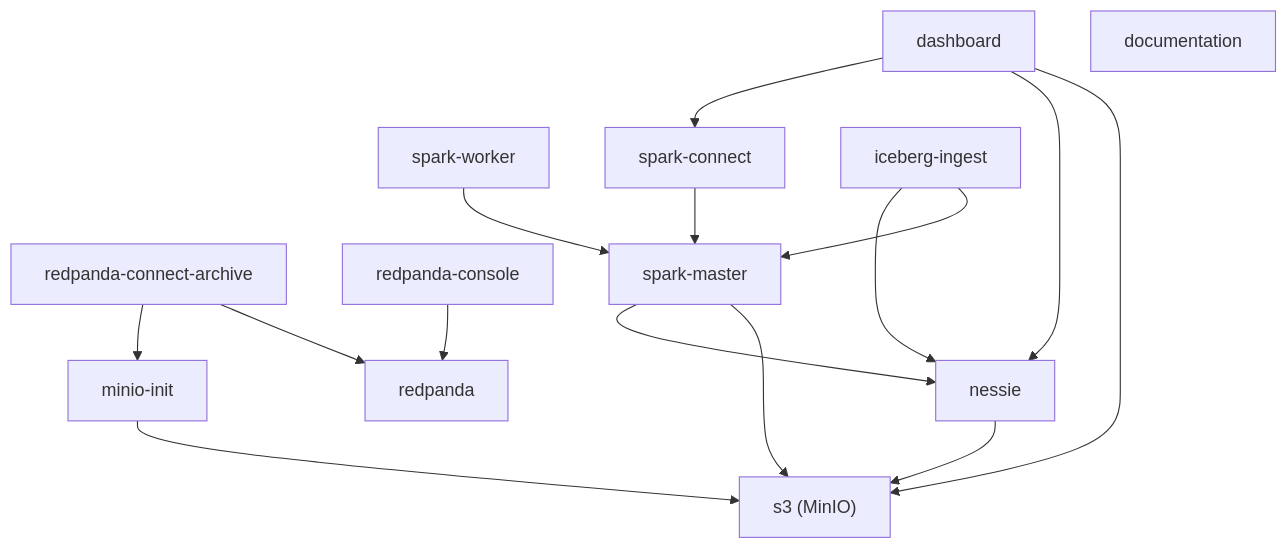
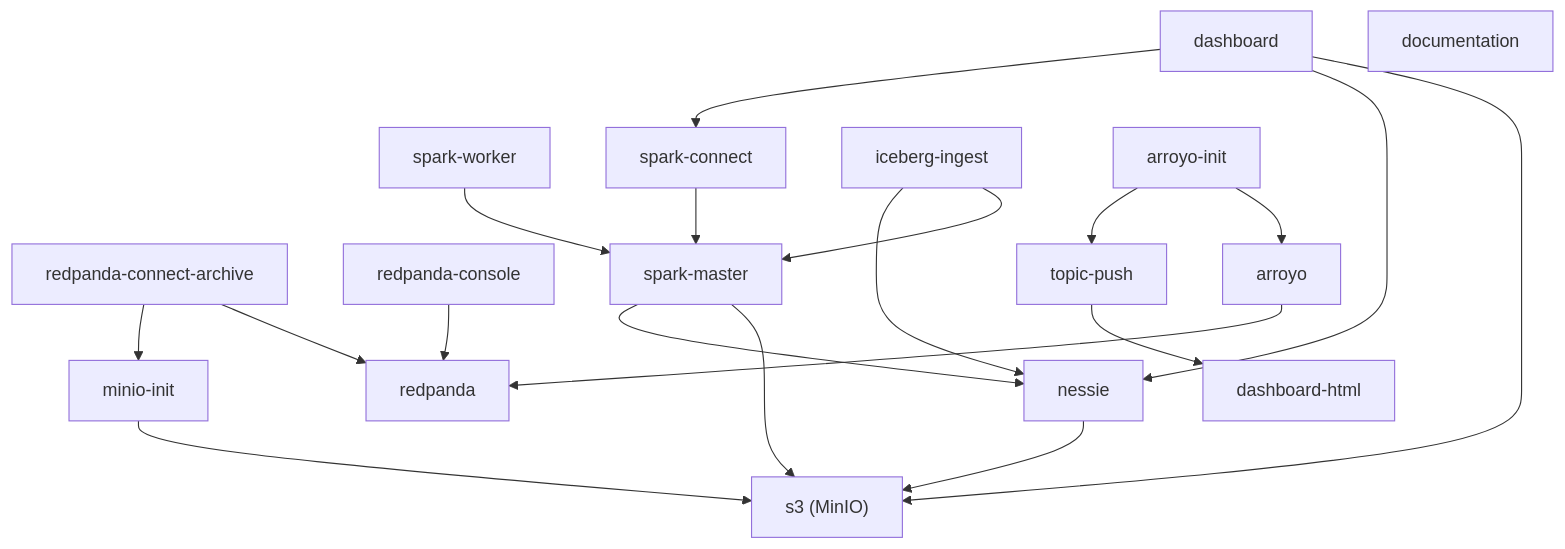
The second of 7 diagrams in docs/architecture.md (ogene70/m2_bigdata), drawn with Mermaid before and after one commit. The commit also changed other lines of this file and 26 other files, not shown here.

````diff
--- a/docs/architecture.md
+++ b/docs/architecture.md
@@ -80,30 +95,38 @@
 ```mermaid
 flowchart TD
     S3["s3 (MinIO)"]
     NESSIE["nessie"]
     RP["redpanda"]
     RPCA["redpanda-connect-archive"]
     CPC["redpanda-console"]
     SM["spark-master"]
     SW["spark-worker"]
     SC["spark-connect"]
     III["iceberg-ingest"]
     DASH["dashboard"]
     DOC["documentation"]
     MI["minio-init"]
+    ARR["arroyo"]
+    ARRI["arroyo-init"]
+    TP["topic-push"]
+    DHTML["dashboard-html"]
 
     NESSIE --> S3
     MI --> S3
     RPCA --> RP
     RPCA --> MI
     CPC --> RP
     SM --> S3
     SM --> NESSIE
     SW --> SM
     SC --> SM
     III --> SM
     III --> NESSIE
     DASH --> S3
     DASH --> NESSIE
     DASH --> SC
+    ARR --> RP
+    ARRI --> ARR
+    ARRI --> TP
+    TP --> DHTML
 ```
````
